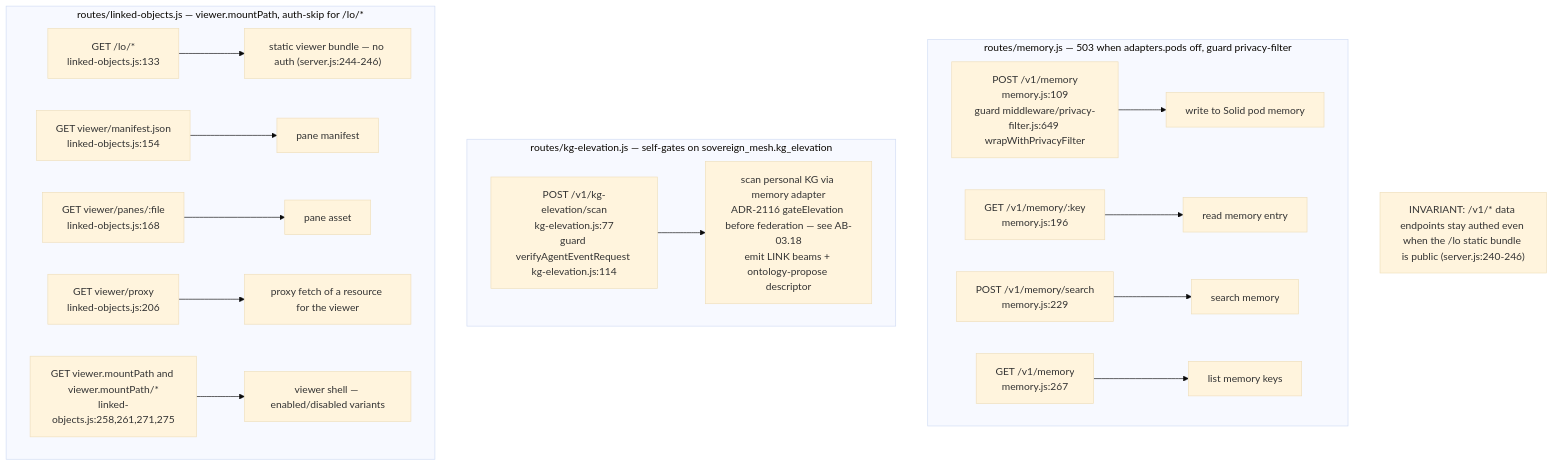
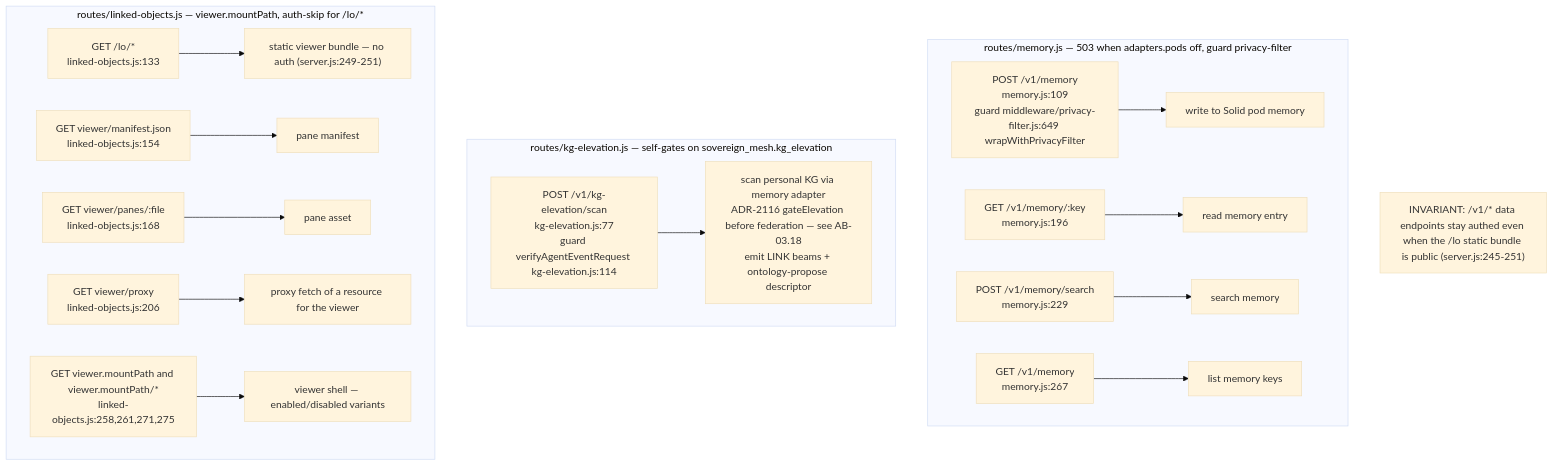
One commit to DreamLab-AI/VisionFlow changed the eighth of 17 diagrams in docs/diagrams/agentbox/03-management-api-request-lifecycle.md. Above: the diagram before and after it, drawn with Mermaid (base theme). The commit also changed other lines of this file and 94 other files, not shown here.

First line of the commit message:
docs(diagrams): re-verify 130 topics against 2 October HEADs

````diff
--- a/docs/diagrams/agentbox/03-management-api-request-lifecycle.md
+++ b/docs/diagrams/agentbox/03-management-api-request-lifecycle.md
@@ -330,20 +330,20 @@
 ```mermaid
 flowchart TD
     subgraph memory["routes/memory.js — 503 when adapters.pods off, guard privacy-filter"]
         M1["POST /v1/memory<br/>memory.js:109<br/>guard middleware/privacy-filter.js:649 wrapWithPrivacyFilter"] --> MH1["write to Solid pod memory"]
         M2["GET /v1/memory/:key<br/>memory.js:196"] --> MH2["read memory entry"]
         M3["POST /v1/memory/search<br/>memory.js:229"] --> MH3["search memory"]
         M4["GET /v1/memory<br/>memory.js:267"] --> MH4["list memory keys"]
     end
     subgraph kg["routes/kg-elevation.js — self-gates on sovereign_mesh.kg_elevation"]
         K1["POST /v1/kg-elevation/scan<br/>kg-elevation.js:77<br/>guard verifyAgentEventRequest kg-elevation.js:114"] --> KH1["scan personal KG via memory adapter<br/>ADR-2116 gateElevation before federation — see AB-03.18<br/>emit LINK beams + ontology-propose descriptor"]
     end
     subgraph lo["routes/linked-objects.js — viewer.mountPath, auth-skip for /lo/*"]
-        L1["GET /lo/*<br/>linked-objects.js:133"] --> LH1["static viewer bundle — no auth (server.js:244-246)"]
+        L1["GET /lo/*<br/>linked-objects.js:133"] --> LH1["static viewer bundle — no auth (server.js:249-251)"]
         L2["GET viewer/manifest.json<br/>linked-objects.js:154"] --> LH2["pane manifest"]
         L3["GET viewer/panes/:file<br/>linked-objects.js:168"] --> LH3["pane asset"]
         L4["GET viewer/proxy<br/>linked-objects.js:206"] --> LH4["proxy fetch of a resource for the viewer"]
         L5["GET viewer.mountPath and viewer.mountPath/*<br/>linked-objects.js:258,261,271,275"] --> LH5["viewer shell — enabled/disabled variants"]
     end
-    Note1["INVARIANT: /v1/* data endpoints stay authed even when the /lo static bundle is public (server.js:240-246)"]
+    Note1["INVARIANT: /v1/* data endpoints stay authed even when the /lo static bundle is public (server.js:245-251)"]
 ```
````
